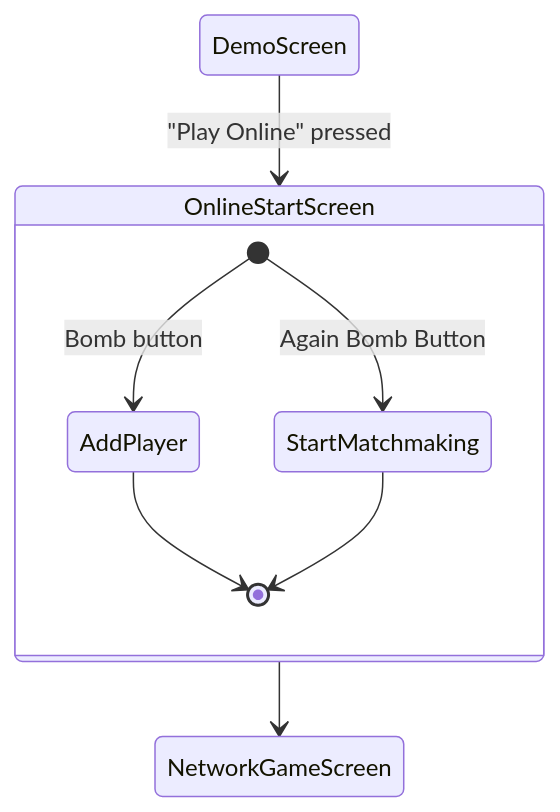
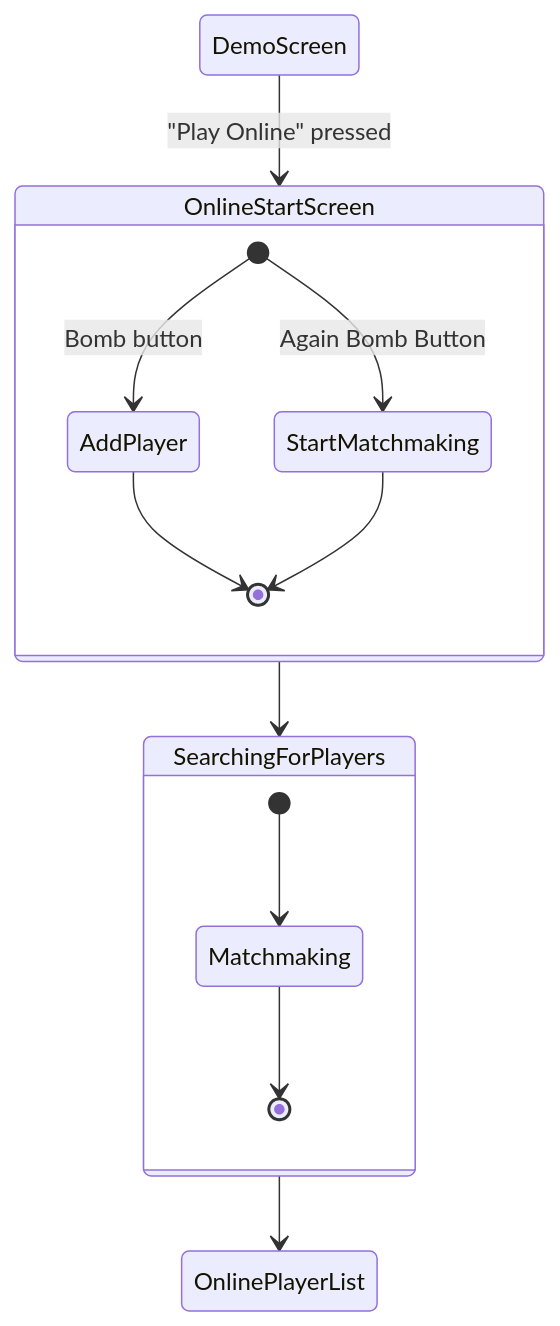
One commit to rinrab/MrBoom changed the diagram in UWP/network-spec.md. Above: the diagram before and after it, drawn with Mermaid.

Commit message:
Add SearchingForPlayers screen to start dialog scheme.

````diff
--- a/UWP/network-spec.md
+++ b/UWP/network-spec.md
@@ -59,13 +59,20 @@
 ```mermaid
     stateDiagram-v2
     DemoScreen --> OnlineStartScreen : "Play Online" pressed
 
     state OnlineStartScreen {
         [*] --> AddPlayer : Bomb button
         AddPlayer --> [*]
         [*] --> StartMatchmaking : Again Bomb Button
         StartMatchmaking --> [*]
     }
 
-    OnlineStartScreen --> NetworkGameScreen
+    OnlineStartScreen --> SearchingForPlayers
+
+    state SearchingForPlayers {
+        [*] --> Matchmaking
+        Matchmaking --> [*]
+    }
+
+    SearchingForPlayers --> OnlinePlayerList
 ```
````
